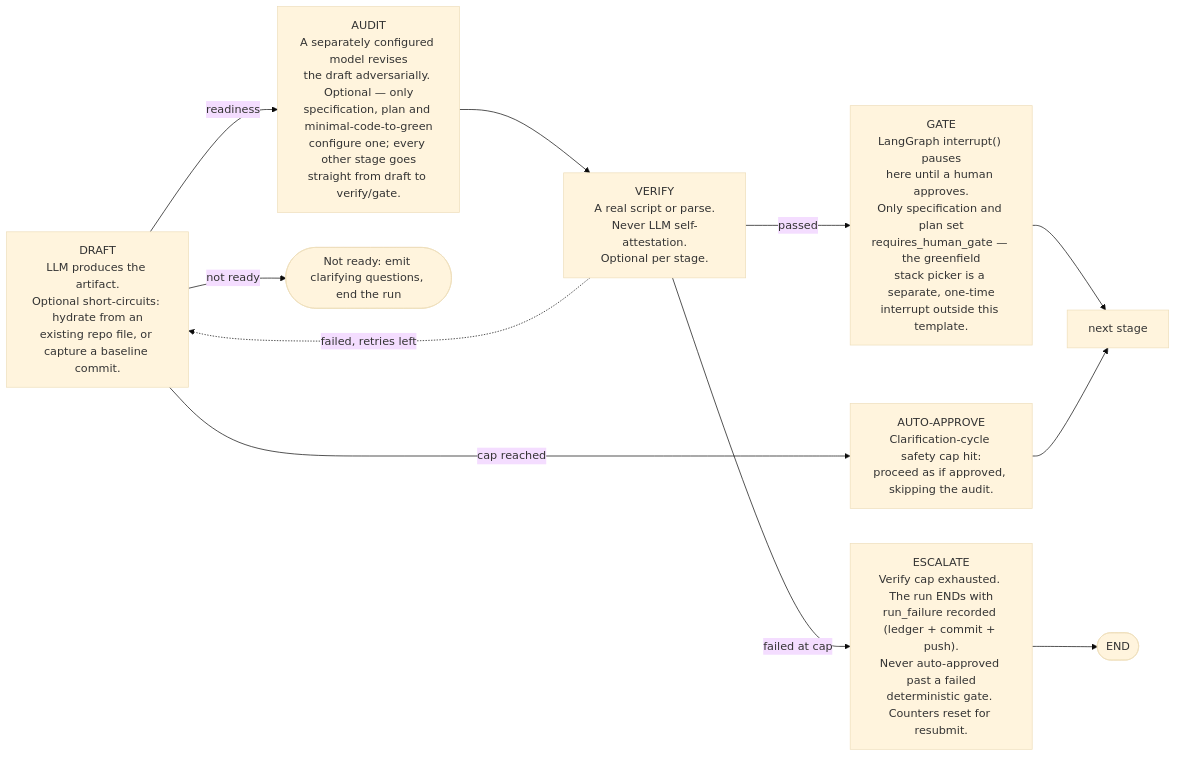
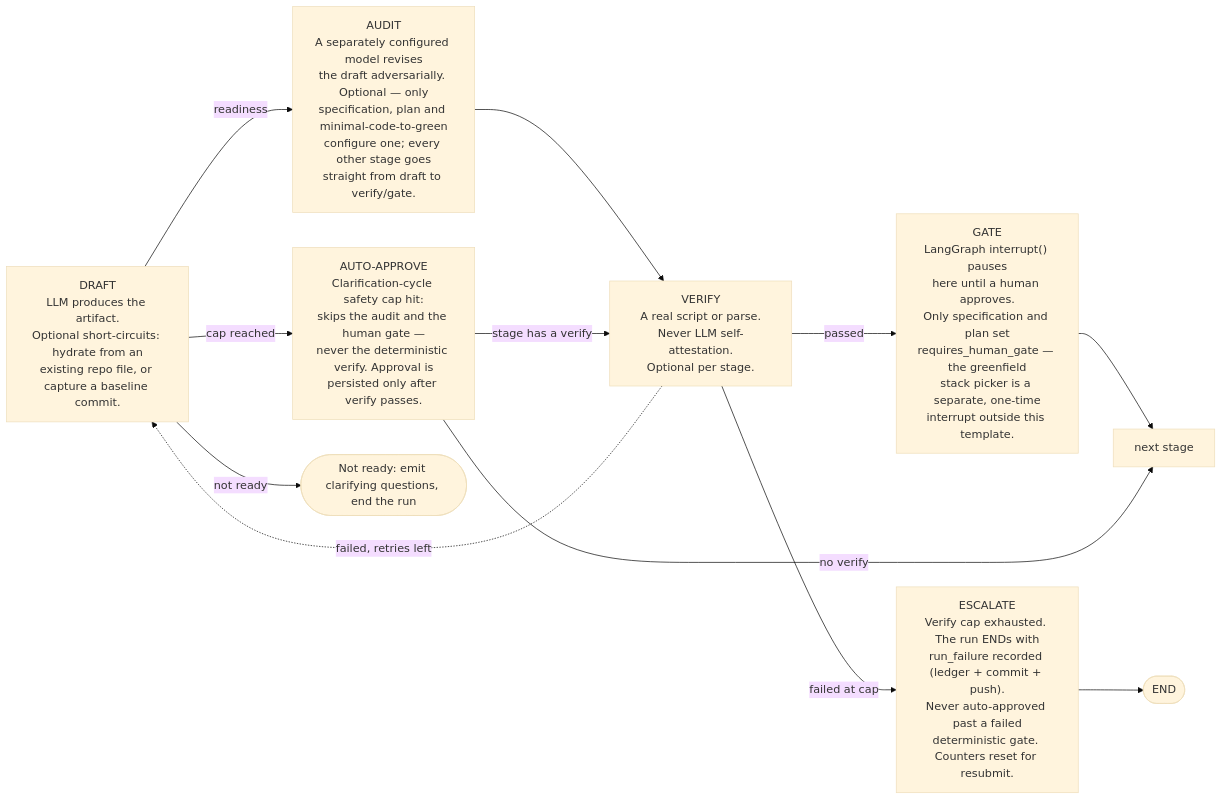
One commit to bancroftway/ai-dev-workflow changed the second of 2 diagrams in README.md. Above: the diagram before and after it, drawn with Mermaid (base theme). The commit also changed other lines of this file and 11 other files, not shown here.

````diff
--- a/README.md
+++ b/README.md
@@ -113,21 +119,22 @@
 ```mermaid
 flowchart LR
     d["DRAFT<br/>LLM produces the artifact.<br/>Optional short-circuits: hydrate from an<br/>existing repo file, or capture a baseline commit."]
     a["AUDIT<br/>A separately configured model revises<br/>the draft adversarially. Optional — only<br/>specification, plan and minimal-code-to-green<br/>configure one; every other stage goes<br/>straight from draft to verify/gate."]
     v["VERIFY<br/>A real script or parse.<br/>Never LLM self-attestation.<br/>Optional per stage."]
     g["GATE<br/>LangGraph interrupt() pauses<br/>here until a human approves.<br/>Only specification and plan set<br/>requires_human_gate — the greenfield<br/>stack picker is a separate, one-time<br/>interrupt outside this template."]
-    aa["AUTO-APPROVE<br/>Clarification-cycle safety cap hit:<br/>proceed as if approved, skipping the audit."]
+    aa["AUTO-APPROVE<br/>Clarification-cycle safety cap hit:<br/>skips the audit and the human gate —<br/>never the deterministic verify. Approval is<br/>persisted only after verify passes."]
     e["ESCALATE<br/>Verify cap exhausted. The run ENDs with<br/>run_failure recorded (ledger + commit + push).<br/>Never auto-approved past a failed<br/>deterministic gate. Counters reset for resubmit."]
     q(["Not ready: emit clarifying questions, end the run"])
 
     d -->|readiness| a
     d -->|cap reached| aa
     d -->|not ready| q
     a --> v
     v -->|passed| g
     v -.->|failed, retries left| d
     v -->|failed at cap| e
     e --> theend(["END"])
     g --> next["next stage"]
-    aa --> next
+    aa -->|stage has a verify| v
+    aa -->|no verify| next
 ```
````
